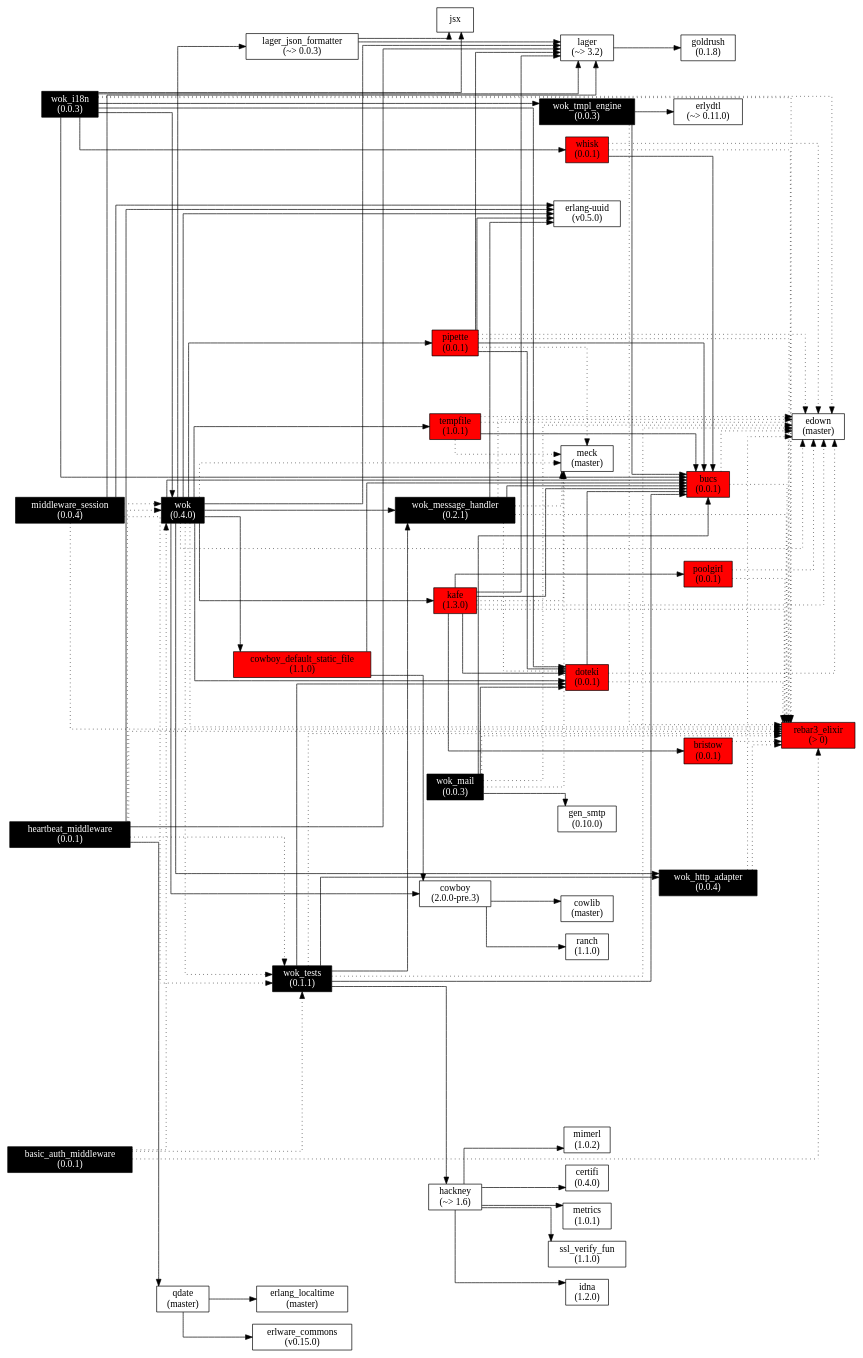
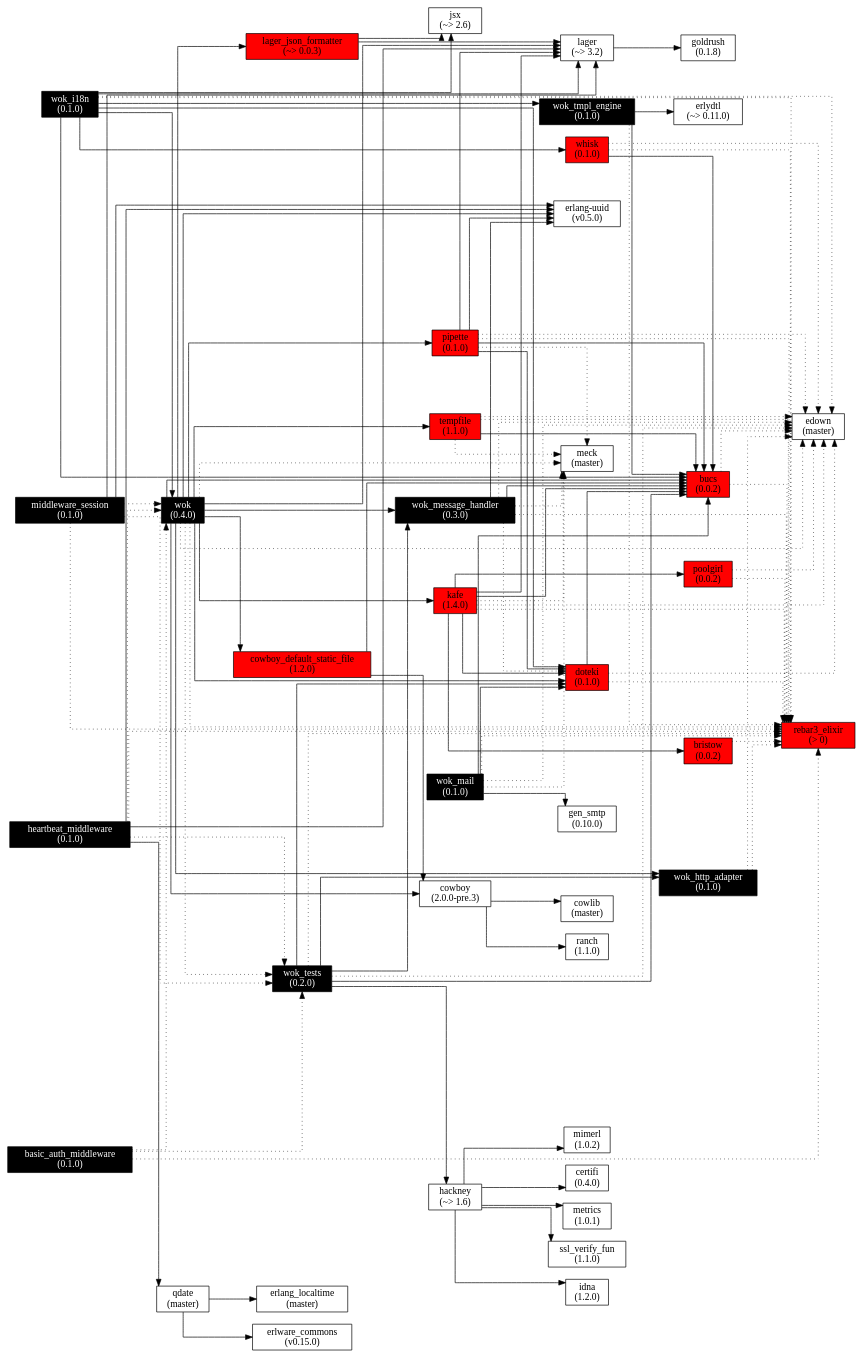
One commit to botsunit/wok changed the diagram in images/wok.deps.gv. Above: the diagram before and after it, drawn with Graphviz. The commit also changed 5 other files, not shown here.

```diff
--- a/images/wok.deps.gv
+++ b/images/wok.deps.gv
@@ -1,181 +1,181 @@
 digraph wok_deps {
   node[shape=box];
   graph[
     remincross=true;
     splines=ortho;
     rankdir=LR;
   ]
 
   wok[label="wok\n(0.4.0)", fontcolor="white", style="filled", fillcolor="black"];
   lager[label="lager\n(~> 3.2)"];
-  lager_json_formatter[label="lager_json_formatter\n(~> 0.0.3)"];
-  wok_http_adapter[label="wok_http_adapter\n(0.0.4)", fontcolor="white", style="filled", fillcolor="black"];
-  wok_message_handler[label="wok_message_handler\n(0.2.1)", fontcolor="white", style="filled", fillcolor="black"];
-  pipette[label="pipette\n(0.0.1)", style="filled", fillcolor="red"];
-  kafe[label="kafe\n(1.3.0)", style="filled", fillcolor="red"];
+  lager_json_formatter[label="lager_json_formatter\n(~> 0.0.3)", style="filled", fillcolor="red"];
+  wok_http_adapter[label="wok_http_adapter\n(0.1.0)", fontcolor="white", style="filled", fillcolor="black"];
+  wok_message_handler[label="wok_message_handler\n(0.3.0)", fontcolor="white", style="filled", fillcolor="black"];
+  pipette[label="pipette\n(0.1.0)", style="filled", fillcolor="red"];
+  kafe[label="kafe\n(1.4.0)", style="filled", fillcolor="red"];
   cowboy[label="cowboy\n(2.0.0-pre.3)"];
-  cowboy_default_static_file[label="cowboy_default_static_file\n(1.1.0)", style="filled", fillcolor="red"];
-  bucs[label="bucs\n(0.0.1)", style="filled", fillcolor="red"];
-  doteki[label="doteki\n(0.0.1)", style="filled", fillcolor="red"];
+  cowboy_default_static_file[label="cowboy_default_static_file\n(1.2.0)", style="filled", fillcolor="red"];
+  bucs[label="bucs\n(0.0.2)", style="filled", fillcolor="red"];
+  doteki[label="doteki\n(0.1.0)", style="filled", fillcolor="red"];
   uuid[label="erlang-uuid\n(v0.5.0)"];
-  tempfile[label="tempfile\n(1.0.1)", style="filled", fillcolor="red"];
+  tempfile[label="tempfile\n(1.1.0)", style="filled", fillcolor="red"];
   rebar3_elixir[label="rebar3_elixir\n(> 0)", style="filled", fillcolor="red"];
-  wok_tests[label="wok_tests\n(0.1.1)", fontcolor="white", style="filled", fillcolor="black"];
+  wok_tests[label="wok_tests\n(0.2.0)", fontcolor="white", style="filled", fillcolor="black"];
   meck[label="meck\n(master)"];
   edown[label="edown\n(master)"];
   goldrush[label="goldrush\n(0.1.8)"];
-  jsx[laber="jsx\n(~> 2.6)"];
-  poolgirl[label="poolgirl\n(0.0.1)", style="filled", fillcolor="red"];
-  bristow[label="bristow\n(0.0.1)", style="filled", fillcolor="red"];
+  jsx[label="jsx\n(~> 2.6)"];
+  poolgirl[label="poolgirl\n(0.0.2)", style="filled", fillcolor="red"];
+  bristow[label="bristow\n(0.0.2)", style="filled", fillcolor="red"];
   cowlib[label="cowlib\n(master)"];
   ranch[label="ranch\n(1.1.0)"];
   hackney[label="hackney\n(~> 1.6)"];
   idna[label="idna\n(1.2.0)"];
   mimerl[label="mimerl\n(1.0.2)"];
   certifi[label="certifi\n(0.4.0)"];
   metrics[label="metrics\n(1.0.1)"];
   ssl_verify_fun[label="ssl_verify_fun\n(1.1.0)"];
-  wok_mail[label="wok_mail\n(0.0.3)", fontcolor="white", style="filled", fillcolor="black"];
+  wok_mail[label="wok_mail\n(0.1.0)", fontcolor="white", style="filled", fillcolor="black"];
   gen_smtp[label="gen_smtp\n(0.10.0)"];
-  wok_i18n[label="wok_i18n\n(0.0.3)", fontcolor="white", style="filled", fillcolor="black"];
-  wok_tmpl_engine[label="wok_tmpl_engine\n(0.0.3)", fontcolor="white", style="filled", fillcolor="black"];
-  whisk[label="whisk\n(0.0.1)", style="filled", fillcolor="red"];
+  wok_i18n[label="wok_i18n\n(0.1.0)", fontcolor="white", style="filled", fillcolor="black"];
+  wok_tmpl_engine[label="wok_tmpl_engine\n(0.1.0)", fontcolor="white", style="filled", fillcolor="black"];
+  whisk[label="whisk\n(0.1.0)", style="filled", fillcolor="red"];
   erlydtl[label="erlydtl\n(~> 0.11.0)"];
-  basic_auth_middleware[label="basic_auth_middleware\n(0.0.1)", fontcolor="white", style="filled", fillcolor="black"];
-  middleware_session[label="middleware_session\n(0.0.4)", fontcolor="white", style="filled", fillcolor="black"];
-  heartbeat_middleware[label="heartbeat_middleware\n(0.0.1)", fontcolor="white", style="filled", fillcolor="black"];
+  basic_auth_middleware[label="basic_auth_middleware\n(0.1.0)", fontcolor="white", style="filled", fillcolor="black"];
+  middleware_session[label="middleware_session\n(0.1.0)", fontcolor="white", style="filled", fillcolor="black"];
+  heartbeat_middleware[label="heartbeat_middleware\n(0.1.0)", fontcolor="white", style="filled", fillcolor="black"];
   qdate[label="qdate\n(master)"];
   erlware_commons[label="erlware_commons\n(v0.15.0)"];
   erlang_localtime[label="erlang_localtime\n(master)"];
 
   wok -> lager;
   wok -> lager_json_formatter
   wok -> wok_http_adapter;
   wok -> wok_message_handler;
   wok -> pipette;
   wok -> kafe;
   wok -> cowboy;
   wok -> cowboy_default_static_file;
   wok -> bucs;
   wok -> doteki;
   wok -> uuid;
   wok -> tempfile;
   wok-> rebar3_elixir[style=dotted];
   wok -> meck[style=dotted];
   wok -> wok_tests[style=dotted];
   wok -> edown[style=dotted];
 
   lager -> goldrush;
 
   lager_json_formatter -> lager;
   lager_json_formatter -> jsx;
 
   wok_http_adapter -> edown[style=dotted];
   wok_http_adapter -> rebar3_elixir[style=dotted];
 
   wok_message_handler -> bucs;
   wok_message_handler -> uuid;
   wok_message_handler -> meck[style=dotted];
   wok_message_handler -> doteki[style=dotted];
   wok_message_handler -> edown[style=dotted];
   wok_message_handler -> rebar3_elixir[style=dotted];
 
   pipette -> lager;
   pipette -> bucs;
   pipette -> doteki;
   pipette -> uuid;
   pipette -> meck[style=dotted];
   pipette -> edown[style=dotted];
   pipette -> rebar3_elixir[style=dotted];
 
   kafe -> lager;
   kafe -> bucs;
   kafe -> doteki;
   kafe -> poolgirl;
   kafe -> bristow;
   kafe -> meck[style=dotted];
   kafe -> edown[style=dotted];
   kafe -> rebar3_elixir[style=dotted];
 
   bristow -> rebar3_elixir[style=dotted];
 
   cowboy -> cowlib;
   cowboy -> ranch;
 
   cowboy_default_static_file -> bucs;
   cowboy_default_static_file -> cowboy;
 
   bucs -> edown[style=dotted];
   bucs -> rebar3_elixir[style=dotted];
 
   doteki -> bucs;
   doteki -> edown[style=dotted];
   doteki -> rebar3_elixir[style=dotted];
 
   tempfile -> bucs;
   tempfile -> meck[style=dotted];
   tempfile -> edown[style=dotted];
   tempfile -> rebar3_elixir[style=dotted];
 
   wok_tests -> bucs;
   wok_tests -> wok_http_adapter;
   wok_tests -> wok_message_handler;
   wok_tests -> doteki;
   wok_tests -> hackney;
   wok_tests -> edown[style=dotted];
   wok_tests -> rebar3_elixir[style=dotted];
 
   poolgirl -> edown[style=dotted];
   poolgirl -> rebar3_elixir[style=dotted];
 
   hackney -> idna;
   hackney -> mimerl;
   hackney -> certifi;
   hackney -> metrics;
   hackney -> ssl_verify_fun;
 
   wok_mail -> bucs;
   wok_mail -> doteki;
   wok_mail -> gen_smtp;
   wok_mail -> meck[style=dotted];
   wok_mail -> edown[style=dotted];
   wok_mail -> rebar3_elixir[style=dotted];
 
   wok_i18n -> jsx;
   wok_i18n -> lager;
   wok_i18n -> wok_tmpl_engine;
   wok_i18n -> whisk;
   wok_i18n -> wok;
   wok_i18n -> bucs;
   wok_i18n -> doteki;
   wok_i18n -> edown[style=dotted];
   wok_i18n -> rebar3_elixir[style=dotted];
 
   wok_tmpl_engine -> bucs;
   wok_tmpl_engine -> erlydtl;
   wok_tmpl_engine -> rebar3_elixir[style=dotted];
 
   whisk -> bucs;
   whisk -> edown[style=dotted];
   whisk -> rebar3_elixir[style=dotted];
 
   basic_auth_middleware -> wok[style=dotted];
   basic_auth_middleware -> wok_tests[style=dotted];
   basic_auth_middleware -> rebar3_elixir[style=dotted];
 
   middleware_session -> lager;
   middleware_session -> uuid;
   middleware_session -> wok[style=dotted];
   middleware_session -> wok_tests[style=dotted];
   middleware_session -> rebar3_elixir[style=dotted];
 
   heartbeat_middleware -> lager;
   heartbeat_middleware -> uuid;
   heartbeat_middleware -> qdate;
   heartbeat_middleware -> wok[style=dotted];
   heartbeat_middleware -> wok_tests[style=dotted];
   heartbeat_middleware -> rebar3_elixir[style=dotted];
 
   qdate -> erlware_commons;
   qdate -> erlang_localtime;
 }
```
